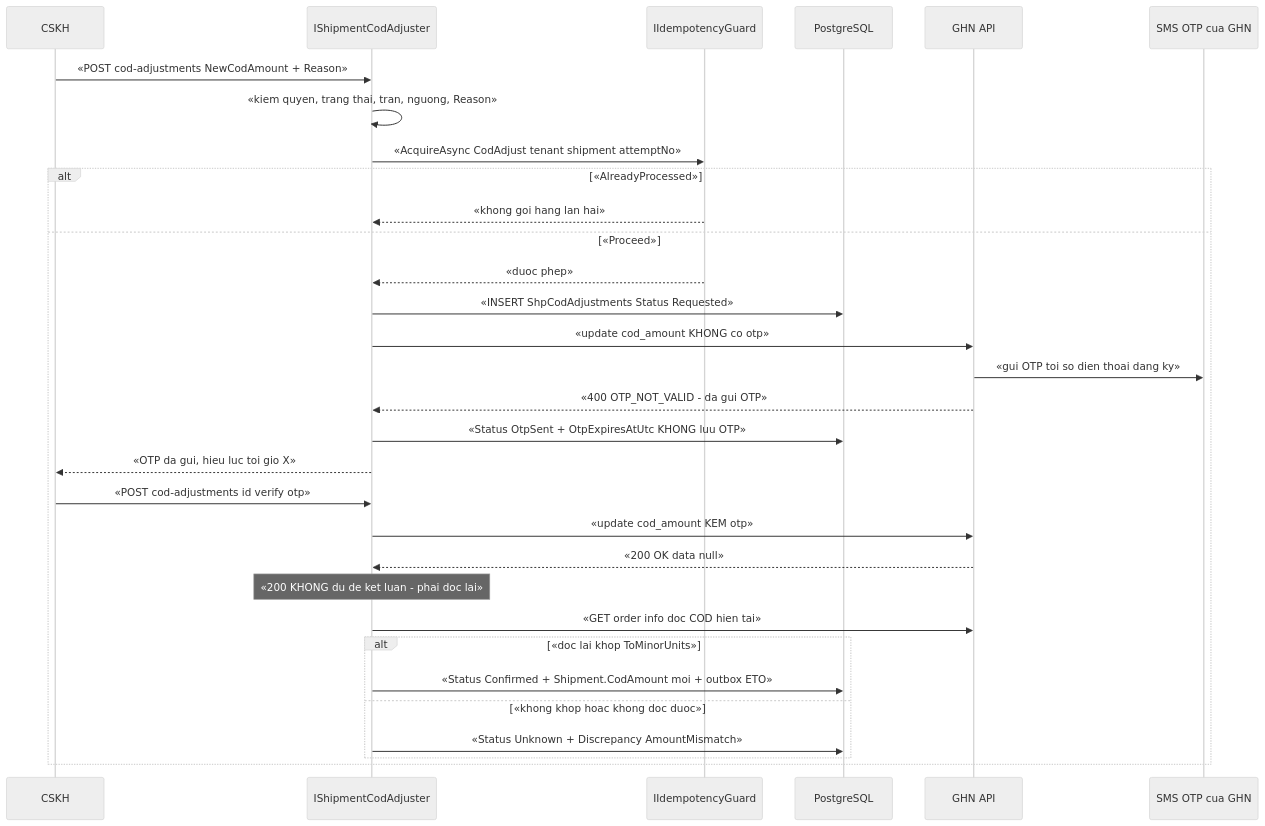
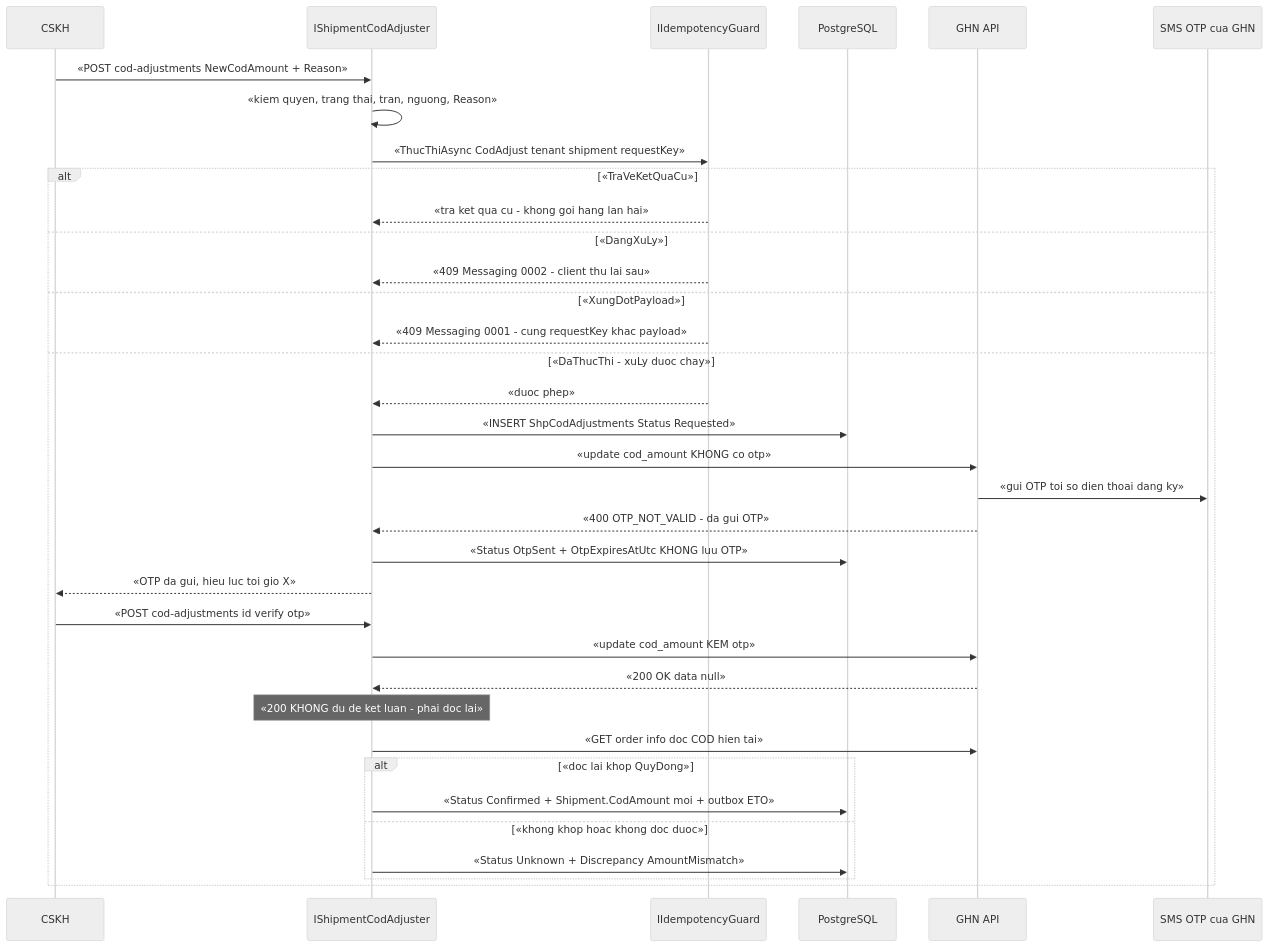
The third of 3 diagrams in docs/features/shipping/shp-003-cod-thu-ho-doi-cod.md (hungnt9801/eCommerce), drawn with Mermaid (neutral theme) before and after one commit. The commit also changed other lines of this file and 8 other files, not shown here.

````diff
--- a/docs/features/shipping/shp-003-cod-thu-ho-doi-cod.md
+++ b/docs/features/shipping/shp-003-cod-thu-ho-doi-cod.md
@@ -229,34 +236,38 @@
 ```mermaid
 sequenceDiagram
     participant CS as CSKH
     participant API as IShipmentCodAdjuster
     participant IDEM as IIdempotencyGuard
     participant DB as PostgreSQL
     participant GHN as GHN API
     participant SMS as SMS OTP cua GHN
 
     CS->>API: «POST cod-adjustments NewCodAmount + Reason»
     API->>API: «kiem quyen, trang thai, tran, nguong, Reason»
-    API->>IDEM: «AcquireAsync CodAdjust tenant shipment attemptNo»
-    alt «AlreadyProcessed»
-        IDEM-->>API: «khong goi hang lan hai»
-    else «Proceed»
+    API->>IDEM: «ThucThiAsync CodAdjust tenant shipment requestKey»
+    alt «TraVeKetQuaCu»
+        IDEM-->>API: «tra ket qua cu - khong goi hang lan hai»
+    else «DangXuLy»
+        IDEM-->>API: «409 Messaging 0002 - client thu lai sau»
+    else «XungDotPayload»
+        IDEM-->>API: «409 Messaging 0001 - cung requestKey khac payload»
+    else «DaThucThi - xuLy duoc chay»
         IDEM-->>API: «duoc phep»
         API->>DB: «INSERT ShpCodAdjustments Status Requested»
         API->>GHN: «update cod_amount KHONG co otp»
         GHN->>SMS: «gui OTP toi so dien thoai dang ky»
         GHN-->>API: «400 OTP_NOT_VALID - da gui OTP»
         API->>DB: «Status OtpSent + OtpExpiresAtUtc KHONG luu OTP»
         API-->>CS: «OTP da gui, hieu luc toi gio X»
         CS->>API: «POST cod-adjustments id verify otp»
         API->>GHN: «update cod_amount KEM otp»
         GHN-->>API: «200 OK data null»
         Note over API: «200 KHONG du de ket luan - phai doc lai»
         API->>GHN: «GET order info doc COD hien tai»
-        alt «doc lai khop ToMinorUnits»
+        alt «doc lai khop QuyDong»
             API->>DB: «Status Confirmed + Shipment.CodAmount moi + outbox ETO»
         else «khong khop hoac khong doc duoc»
             API->>DB: «Status Unknown + Discrepancy AmountMismatch»
         end
     end
 ```
````
